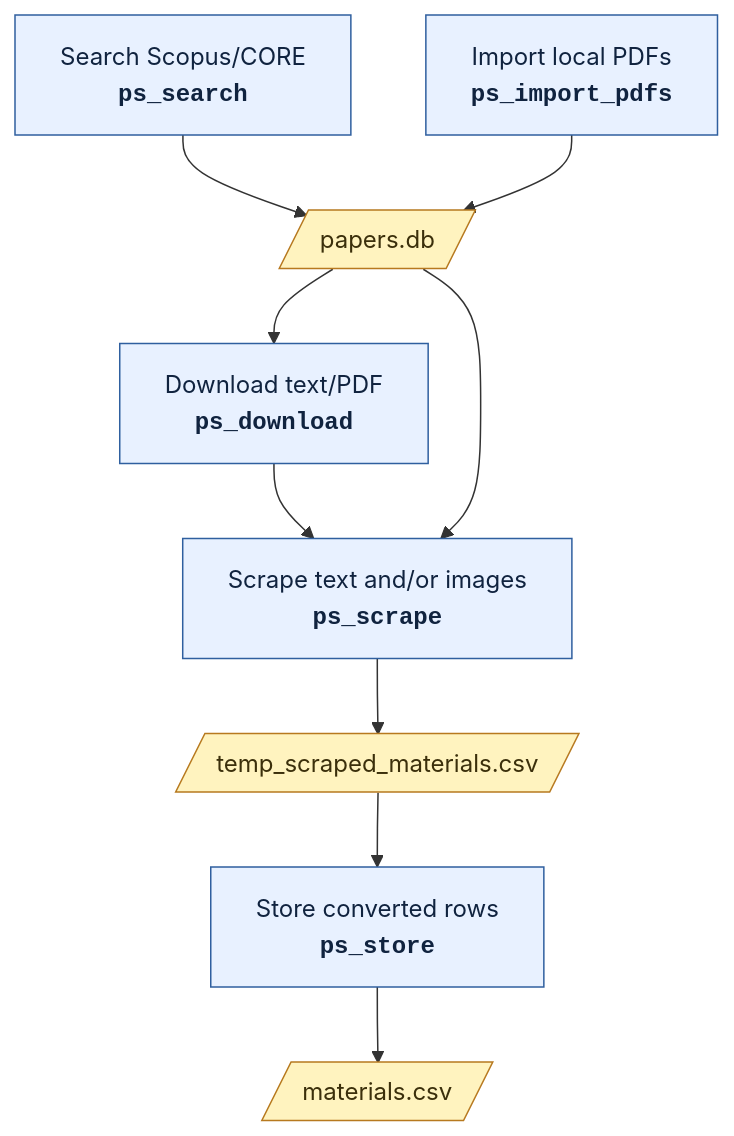
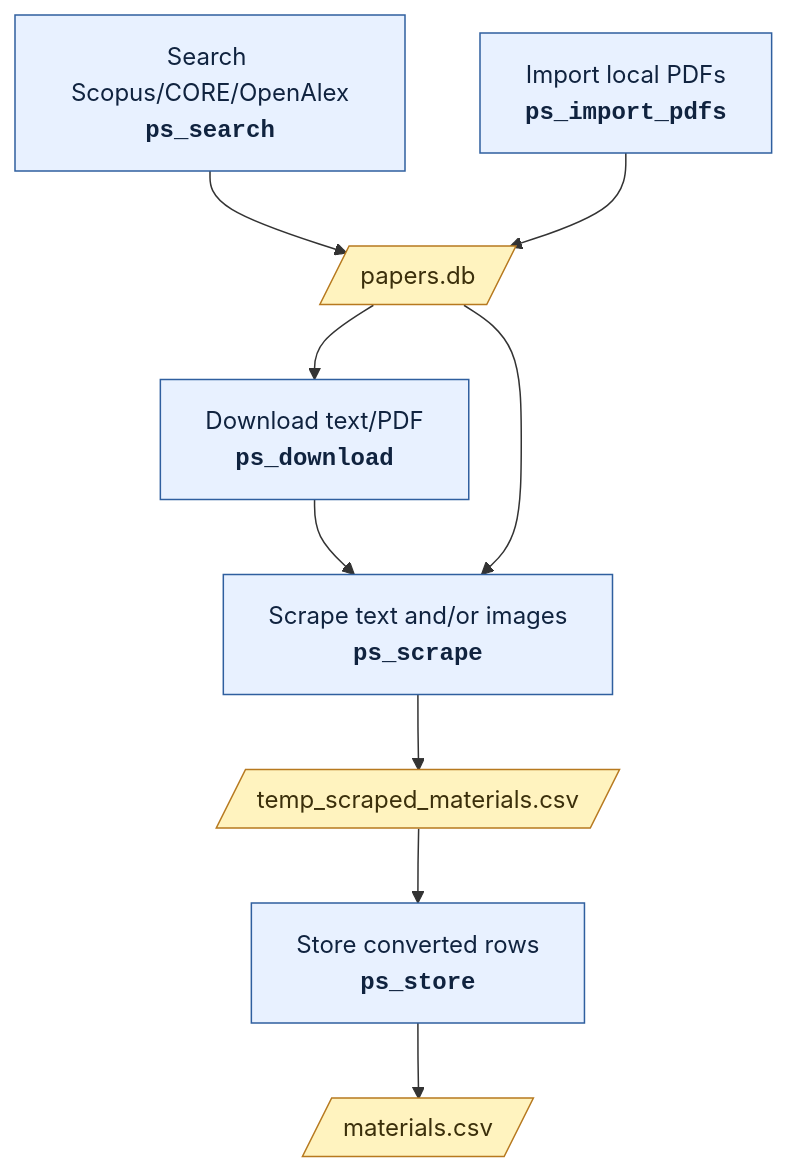
The diagram in README.md (SMTG-Bham/PaperMinerToolkit), drawn with Mermaid before and after one commit. The commit also changed other lines of this file and 11 other files, not shown here.

Commit message:
added open alex support

````diff
--- a/README.md
+++ b/README.md
@@ -32,16 +32,16 @@
 ```mermaid
 flowchart TD
-    A["Search Scopus/CORE<br/><b><code>ps_search</code></b>"] --> B[/"papers.db"/]
+    A["Search Scopus/CORE/OpenAlex<br/><b><code>ps_search</code></b>"] --> B[/"papers.db"/]
     C["Import local PDFs<br/><b><code>ps_import_pdfs</code></b>"] --> B
     B --> E["Download text/PDF<br/><b><code>ps_download</code></b>"]
     E --> F["Scrape text and/or images<br/><b><code>ps_scrape</code></b>"]
     B --> F
     F --> G[/"temp_scraped_materials.csv"/]
     G --> H["Store converted rows<br/><b><code>ps_store</code></b>"]
     H --> I[/"materials.csv"/]
 
     classDef action fill:#e8f1ff,stroke:#2f5f9f,color:#10233f
     classDef file fill:#fff3bf,stroke:#b7791f,color:#3b2f0b
     class A,C,E,F,H action
     class B,G,I file
 ```
````
